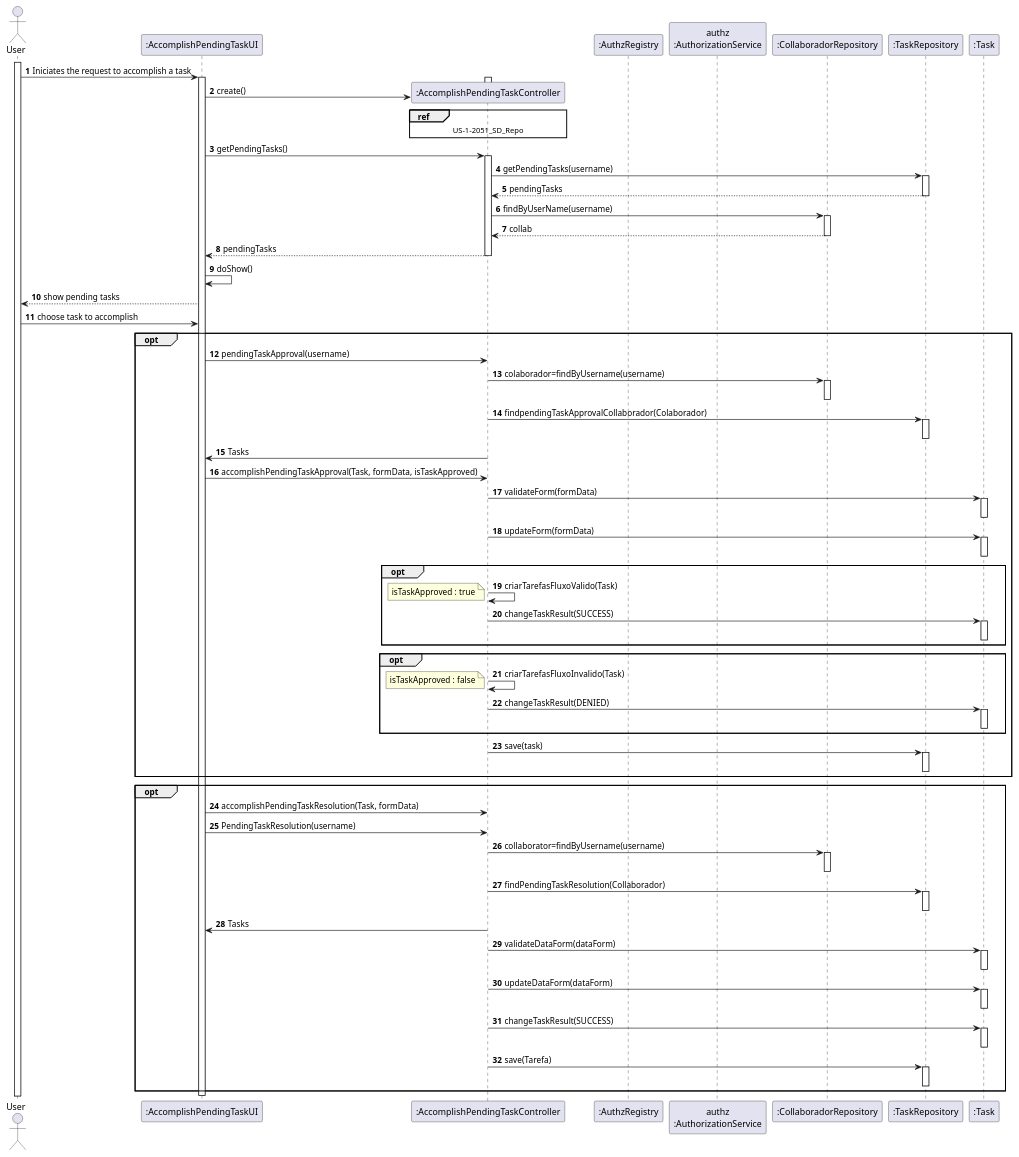
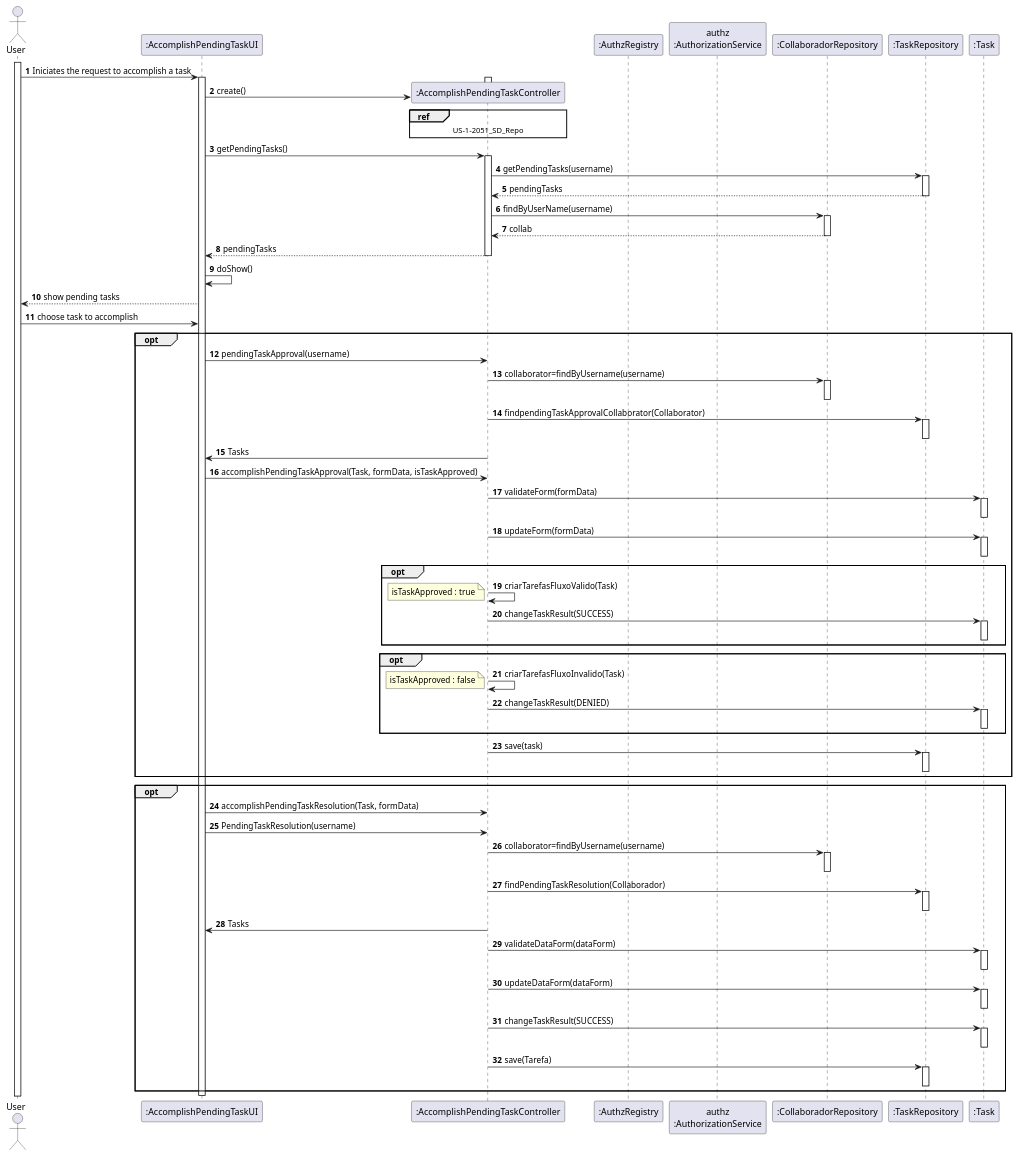
One commit to tiagoavcosta25/LAPR4 changed the diagram in doc/engenharia/SprintD/1190424/_US1-3022_TaskRealization/US-2-3022_SD_.puml. Above: the diagram before and after it, drawn with PlantUML. The commit also changed 1 other file, not shown here.

```diff
--- a/doc/engenharia/SprintD/1190424/_US1-3022_TaskRealization/US-2-3022_SD_.puml
+++ b/doc/engenharia/SprintD/1190424/_US1-3022_TaskRealization/US-2-3022_SD_.puml
@@ -1,110 +1,110 @@
 @startuml
 autonumber
 
  actor "User" as U
 participant ":AccomplishPendingTaskUI" as UI
 participant ":AccomplishPendingTaskController" as CTRL
 participant ":AuthzRegistry" as AR
 participant "authz\n:AuthorizationService" as AS
 participant ":CollaboradorRepository" as CR
 participant ":TaskRepository" as TR
 participant ":Task" as T
 
 activate U
 U-> UI : Iniciates the request to accomplish a task
 activate UI
 activate CTRL
          UI-> CTRL** : create()
          ref over CTRL
          US-1-2051_SD_Repo
          end ref
          deactivate CTRL
 
 
 
            deactivate CTRL
 
                   UI-> CTRL : getPendingTasks()
                   activate CTRL
 
                   CTRL-> TR : getPendingTasks(username)
                   activate TR
 
                   TR--> CTRL : pendingTasks
                   deactivate TR
 
                   CTRL-> CR : findByUserName(username)
                   activate CR
                   CR--> CTRL : collab
                   deactivate CR
 
                   CTRL--> UI : pendingTasks
                   deactivate CTRL
 
 
 
 
 UI -> UI : doShow()
 UI --> U: show pending tasks
 U-> UI : choose task to accomplish
 opt
 UI -> CTRL : pendingTaskApproval(username)
-CTRL -> CR : colaborador=findByUsername(username)
+CTRL -> CR : collaborator=findByUsername(username)
 activate CR
 deactivate CR
-CTRL -> TR : findpendingTaskApprovalCollaborador(Colaborador)
+CTRL -> TR : findpendingTaskApprovalCollaborator(Collaborator)
 activate TR
 deactivate TR
 CTRL -> UI : Tasks
 UI -> CTRL : accomplishPendingTaskApproval(Task, formData, isTaskApproved)
 CTRL -> T : validateForm(formData)
 activate T
 deactivate T
 CTRL -> T : updateForm(formData)
 activate T
 deactivate T
 opt
 CTRL -> CTRL : criarTarefasFluxoValido(Task)
 note left : isTaskApproved : true
 CTRL -> T : changeTaskResult(SUCCESS)
 activate T
 deactivate T
 end opt
 opt
 CTRL -> CTRL : criarTarefasFluxoInvalido(Task)
 note left : isTaskApproved : false
 CTRL -> T : changeTaskResult(DENIED)
 activate T
 deactivate T
 end opt
 CTRL -> TR : save(task)
 activate TR
 deactivate TR
 end opt
 opt
 UI -> CTRL : accomplishPendingTaskResolution(Task, formData)
 UI -> CTRL : PendingTaskResolution(username)
 CTRL -> CR : collaborator=findByUsername(username)
 activate CR
 deactivate CR
 CTRL -> TR : findPendingTaskResolution(Collaborador)
 activate TR
 deactivate TR
 CTRL -> UI : Tasks
 CTRL -> T : validateDataForm(dataForm)
 activate T
 deactivate T
 CTRL -> T : updateDataForm(dataForm)
 activate T
 deactivate T
 CTRL -> T : changeTaskResult(SUCCESS)
 activate T
 deactivate T
 CTRL -> TR : save(Tarefa)
 activate TR
 deactivate TR
 end opt
 deactivate CTRL
 deactivate UI
 
 @enduml
```
